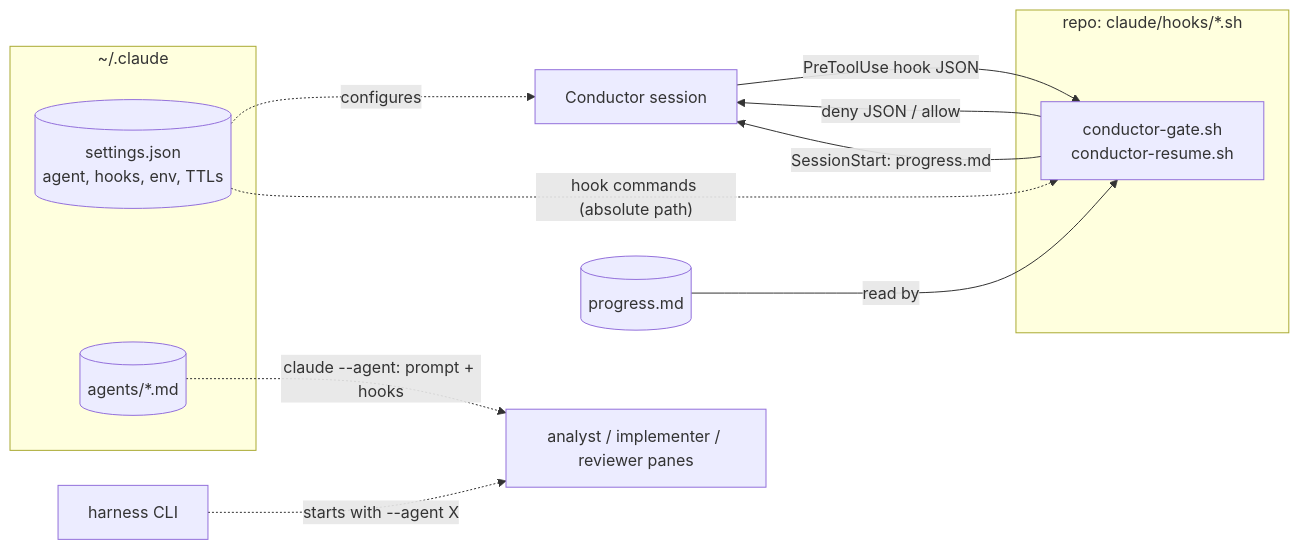
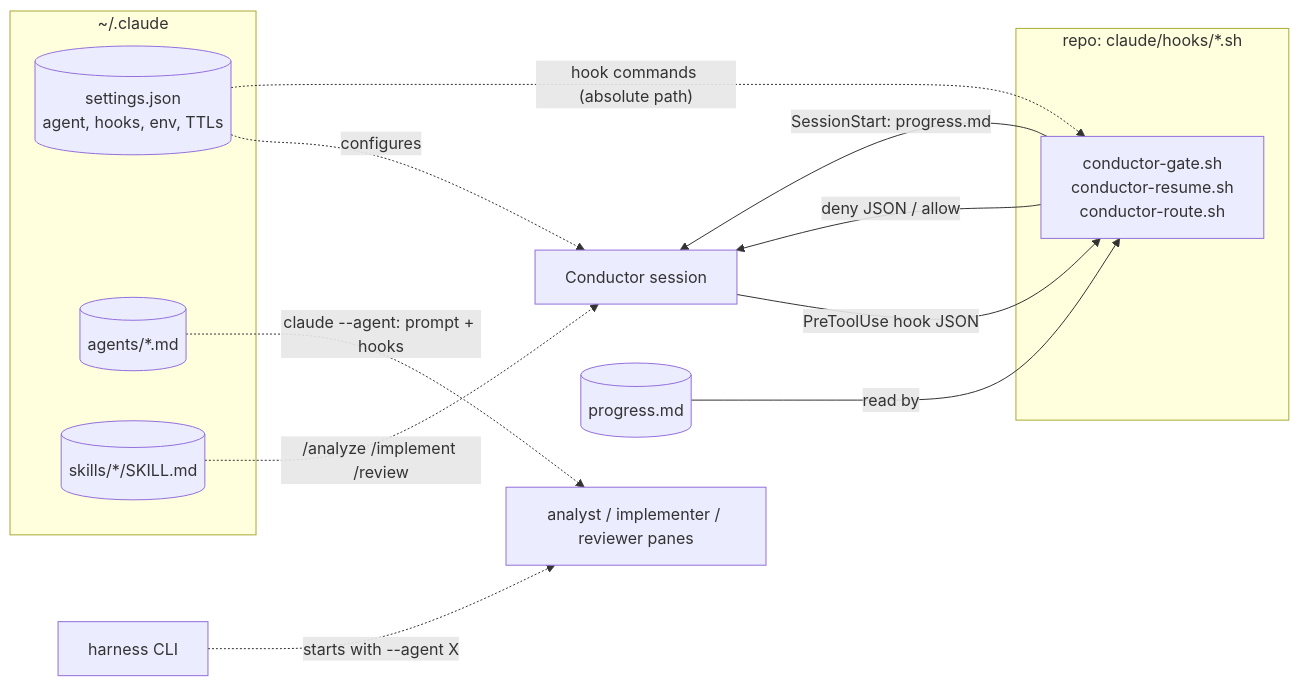
One commit to geonhos/claude-code-setup changed the second of 8 diagrams in docs/architecture.md. Above: the diagram before and after it, drawn with Mermaid. The commit also changed other lines of this file and 1 other file, not shown here.

````diff
--- a/docs/architecture.md
+++ b/docs/architecture.md
@@ -70,23 +71,25 @@
 ```mermaid
 flowchart LR
   cond["Conductor session"]
   workers["analyst / implementer / reviewer panes"]
   hcli["harness CLI"]
   subgraph claudehome["~/.claude"]
     set[("settings.json<br/>agent, hooks, env, TTLs")]
     agents[("agents/*.md")]
+    skills[("skills/*/SKILL.md")]
   end
   subgraph repo["repo: claude/hooks/*.sh"]
-    hooks["conductor-gate.sh<br/>conductor-resume.sh"]
+    hooks["conductor-gate.sh<br/>conductor-resume.sh<br/>conductor-route.sh"]
   end
   prog[("progress.md")]
 
   set -. "configures" .-> cond
   set -. "hook commands (absolute path)" .-> hooks
   agents -. "claude --agent: prompt + hooks" .-> workers
   cond -- "PreToolUse hook JSON" --> hooks
   hooks -- "deny JSON / allow" --> cond
   prog -- "read by" --> hooks
   hooks -- "SessionStart: progress.md" --> cond
+  skills -. "/analyze /implement /review" .-> cond
   hcli -. "starts with --agent X" .-> workers
 ```
````
